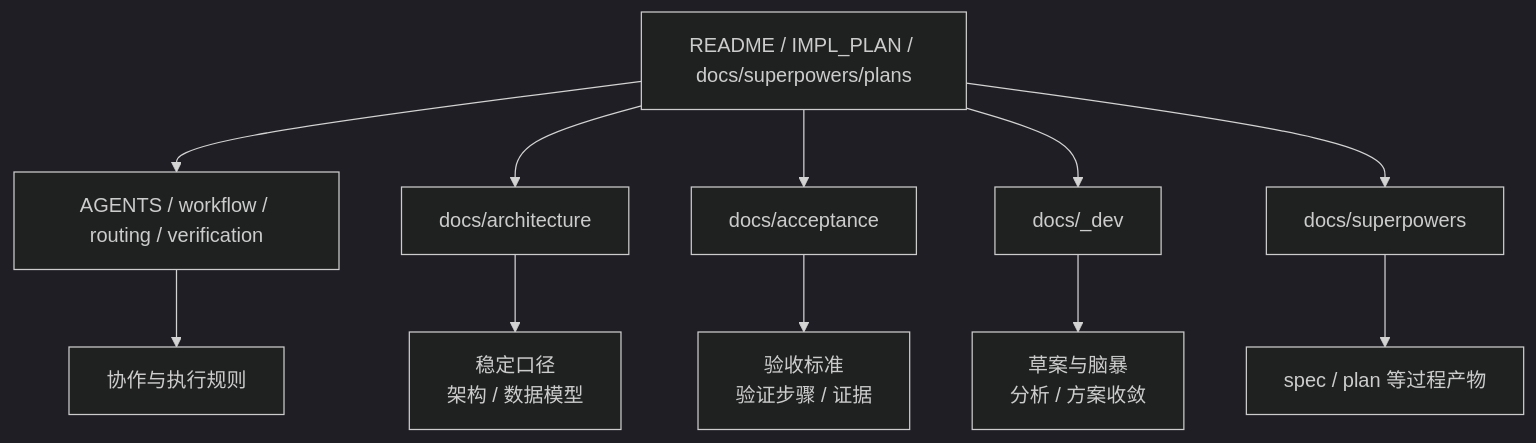
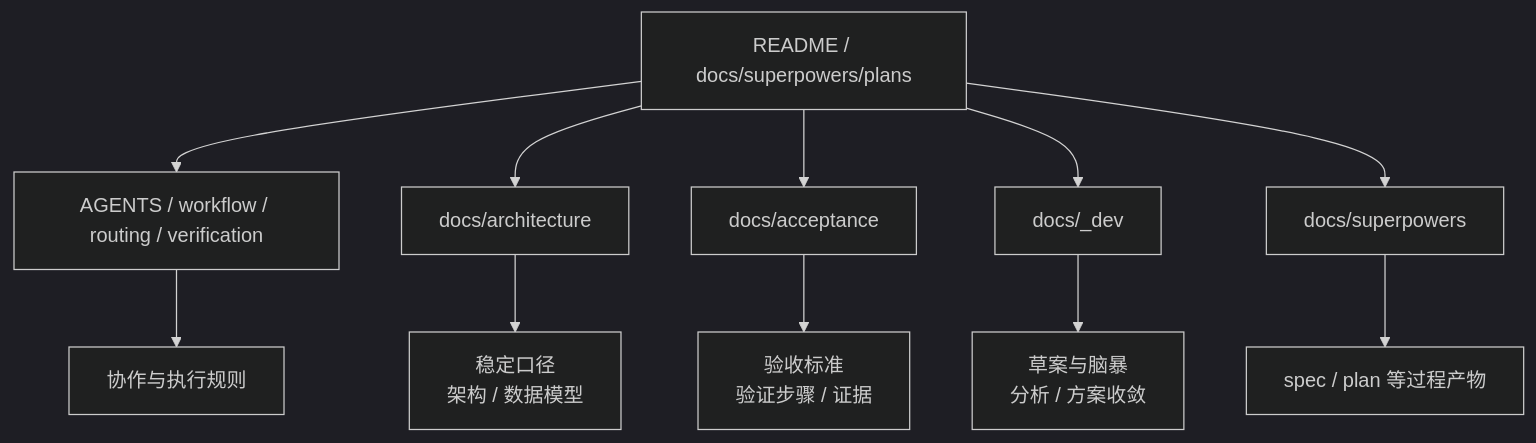
Before and after one commit to ticoAg/BaiCao: the diagram in docs/README.md, drawn with Mermaid (dark theme). The commit also changed other lines of this file and 10 other files, not shown here.

Commit message:
docs(repo): remove impl plan entrypoint

````diff
--- a/docs/README.md
+++ b/docs/README.md
@@ -56,15 +56,15 @@
 ```mermaid
 flowchart TB
-    Root[README / IMPL_PLAN / docs/superpowers/plans]
+    Root[README / docs/superpowers/plans]
     Root --> Guide[AGENTS / workflow / routing / verification]
     Root --> Arch[docs/architecture]
     Root --> Acc[docs/acceptance]
     Root --> Dev[docs/_dev]
     Root --> Sup[docs/superpowers]
 
     Guide --> Ops[协作与执行规则]
     Arch --> Stable[稳定口径<br/>架构 / 数据模型]
     Acc --> Verify[验收标准<br/>验证步骤 / 证据]
     Dev --> Draft[草案与脑暴<br/>分析 / 方案收敛]
     Sup --> Process[spec / plan 等过程产物]
 ```
````
